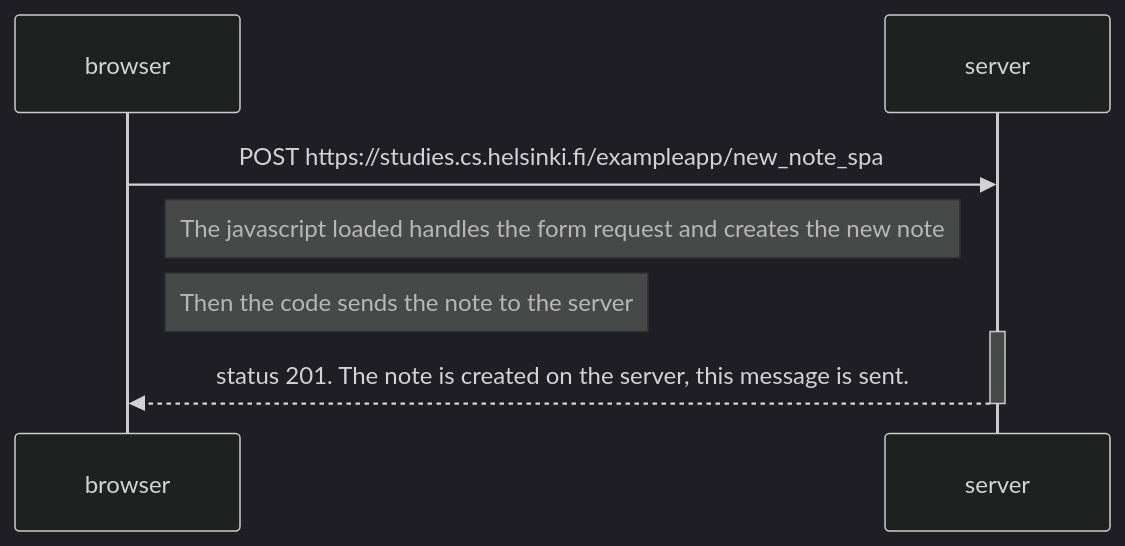
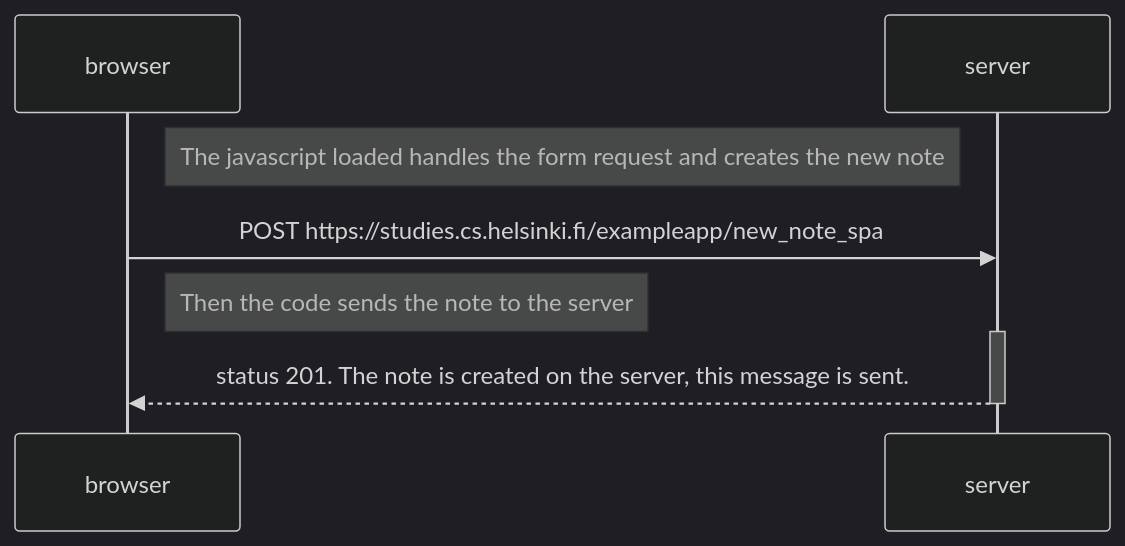
One commit to gbournigal/fullstackopen changed the diagram in part0/exe6/diagram6.md. Above: the diagram before and after it, drawn with Mermaid (dark theme). The commit also changed other lines of this file, not shown here.

````diff
--- a/part0/exe6/diagram6.md
+++ b/part0/exe6/diagram6.md
@@ -1,12 +1,12 @@
 ```mermaid
 sequenceDiagram
 participant browser
 participant server
 
+Note right of browser: The javascript loaded handles the form request and creates the new note
 browser->>server: POST https://studies.cs.helsinki.fi/exampleapp/new_note_spa
-Note right of browser: The javascript loaded handles the form request and creates the new note
 Note right of browser: Then the code sends the note to the server
 activate server
 server-->>browser: status 201. The note is created on the server, this message is sent.
 deactivate server
 ```
````
